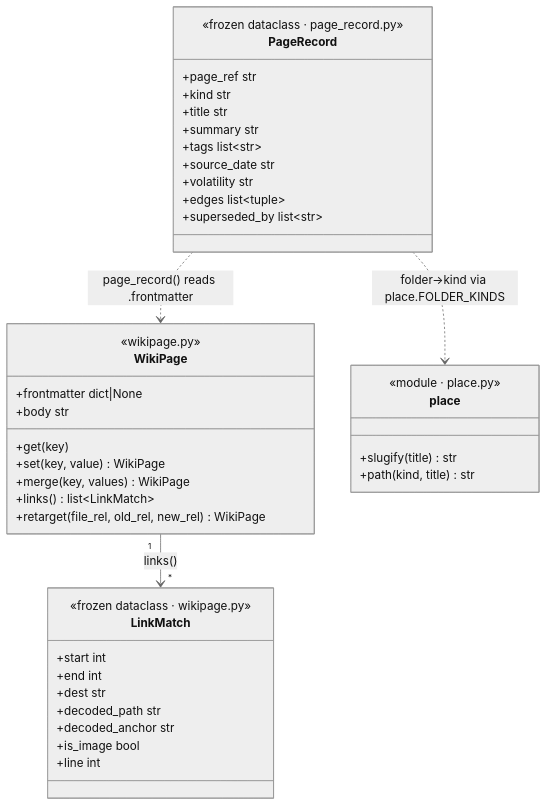
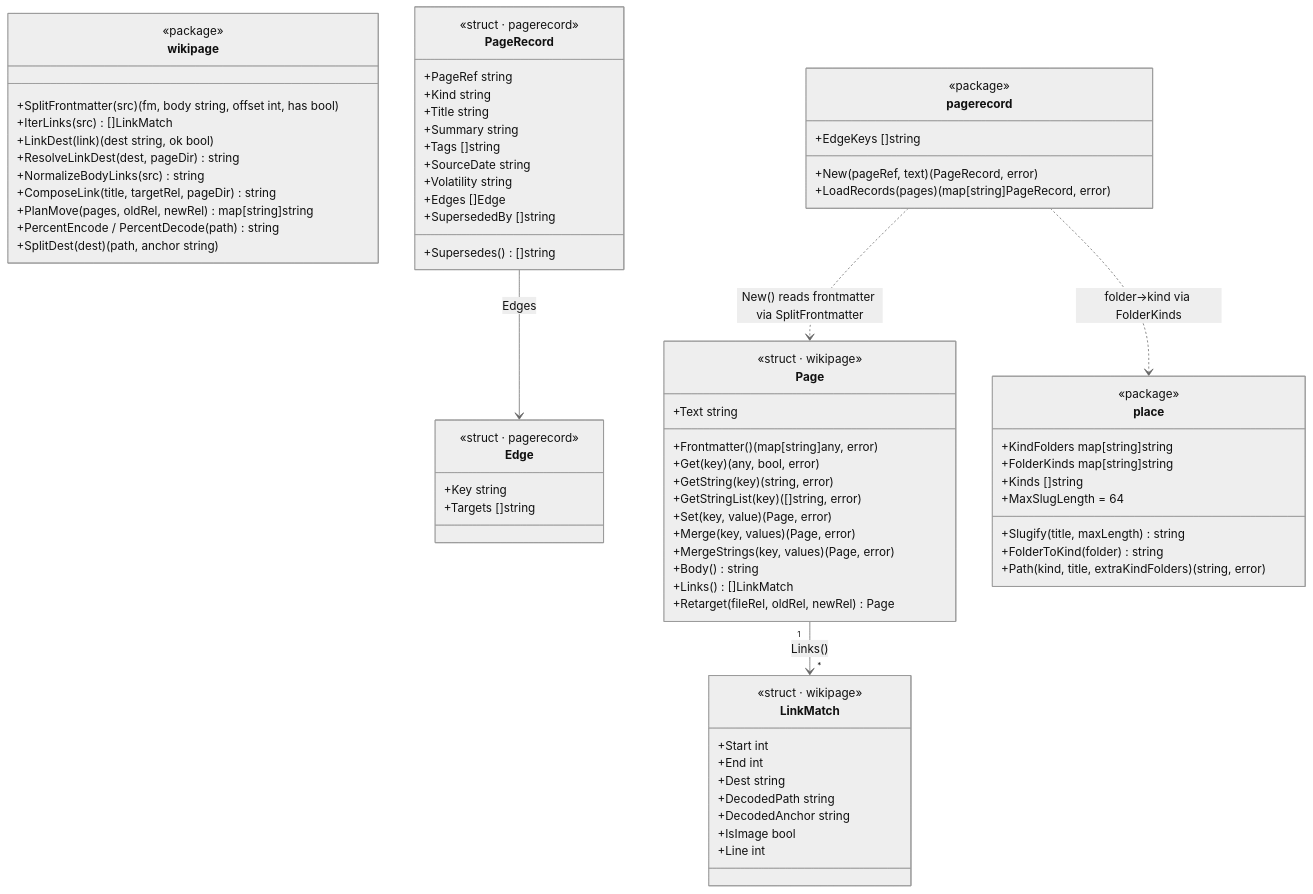
One commit to dhague/enchiridion changed the third of 9 diagrams in docs/architecture.md. Above: the diagram before and after it, drawn with Mermaid (neutral theme). The commit also changed other lines of this file and 1 other file, not shown here.

Commit message:
Redraw docs/architecture.md natively for Go (#191)

````diff
--- a/docs/architecture.md
+++ b/docs/architecture.md
@@ -136,44 +145,78 @@
 ```mermaid
 classDiagram
-    class WikiPage {
-        <<wikipage.py>>
-        +frontmatter dict|None
-        +body str
-        +get(key)
-        +set(key, value) WikiPage
-        +merge(key, values) WikiPage
-        +links() list~LinkMatch~
-        +retarget(file_rel, old_rel, new_rel) WikiPage
+    class Page {
+        <<struct · wikipage>>
+        +Text string
+        +Frontmatter() (map[string]any, error)
+        +Get(key) (any, bool, error)
+        +GetString(key) (string, error)
+        +GetStringList(key) ([]string, error)
+        +Set(key, value) (Page, error)
+        +Merge(key, values) (Page, error)
+        +MergeStrings(key, values) (Page, error)
+        +Body() string
+        +Links() []LinkMatch
+        +Retarget(fileRel, oldRel, newRel) Page
     }
     class LinkMatch {
-        <<frozen dataclass · wikipage.py>>
-        +start int
-        +end int
-        +dest str
-        +decoded_path str
-        +decoded_anchor str
-        +is_image bool
-        +line int
+        <<struct · wikipage>>
+        +Start int
+        +End int
+        +Dest string
+        +DecodedPath string
+        +DecodedAnchor string
+        +IsImage bool
+        +Line int
+    }
+    class wikipage {
+        <<package>>
+        +SplitFrontmatter(src) (fm, body string, offset int, has bool)
+        +IterLinks(src) []LinkMatch
+        +LinkDest(link) (dest string, ok bool)
+        +ResolveLinkDest(dest, pageDir) string
+        +NormalizeBodyLinks(src) string
+        +ComposeLink(title, targetRel, pageDir) string
+        +PlanMove(pages, oldRel, newRel) map[string]string
+        +PercentEncode / PercentDecode(path) string
+        +SplitDest(dest) (path, anchor string)
+    }
+    class Edge {
+        <<struct · pagerecord>>
+        +Key string
+        +Targets []string
     }
     class PageRecord {
-        <<frozen dataclass · page_record.py>>
-        +page_ref str
-        +kind str
-        +title str
-        +summary str
-        +tags list~str~
-        +source_date str
-        +volatility str
-        +edges list~tuple~
-        +superseded_by list~str~
+        <<struct · pagerecord>>
+        +PageRef string
+        +Kind string
+        +Title string
+        +Summary string
+        +Tags []string
+        +SourceDate string
+        +Volatility string
+        +Edges []Edge
+        +SupersededBy []string
+        +Supersedes() []string
+    }
+    class pagerecord {
+        <<package>>
+        +EdgeKeys []string
+        +New(pageRef, text) (PageRecord, error)
+        +LoadRecords(pages) (map[string]PageRecord, error)
     }
     class place {
-        <<module · place.py>>
-        +slugify(title) str
-        +path(kind, title) str
+        <<package>>
+        +KindFolders map[string]string
+        +FolderKinds map[string]string
+        +Kinds []string
+        +MaxSlugLength = 64
+        +Slugify(title, maxLength) string
+        +FolderToKind(folder) string
+        +Path(kind, title, extraKindFolders) (string, error)
     }
 
-    WikiPage "1" --> "*" LinkMatch : links()
-    PageRecord ..> WikiPage : page_record() reads .frontmatter
-    PageRecord ..> place : folder→kind via place.FOLDER_KINDS
+    Page "1" --> "*" LinkMatch : Links()
+    PageRecord --> Edge : Edges
+    pagerecord ..> Page : New() reads frontmatter via SplitFrontmatter
+    pagerecord ..> place : folder→kind via FolderKinds
 ```
````
